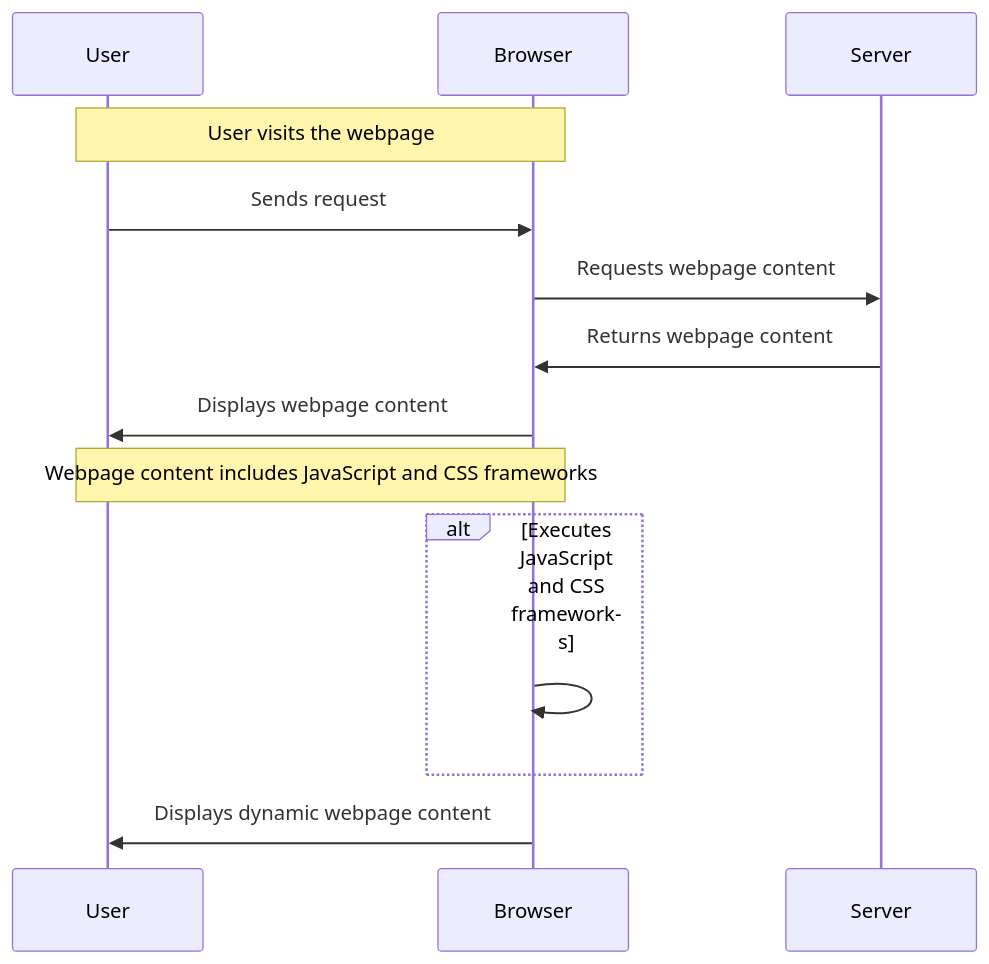
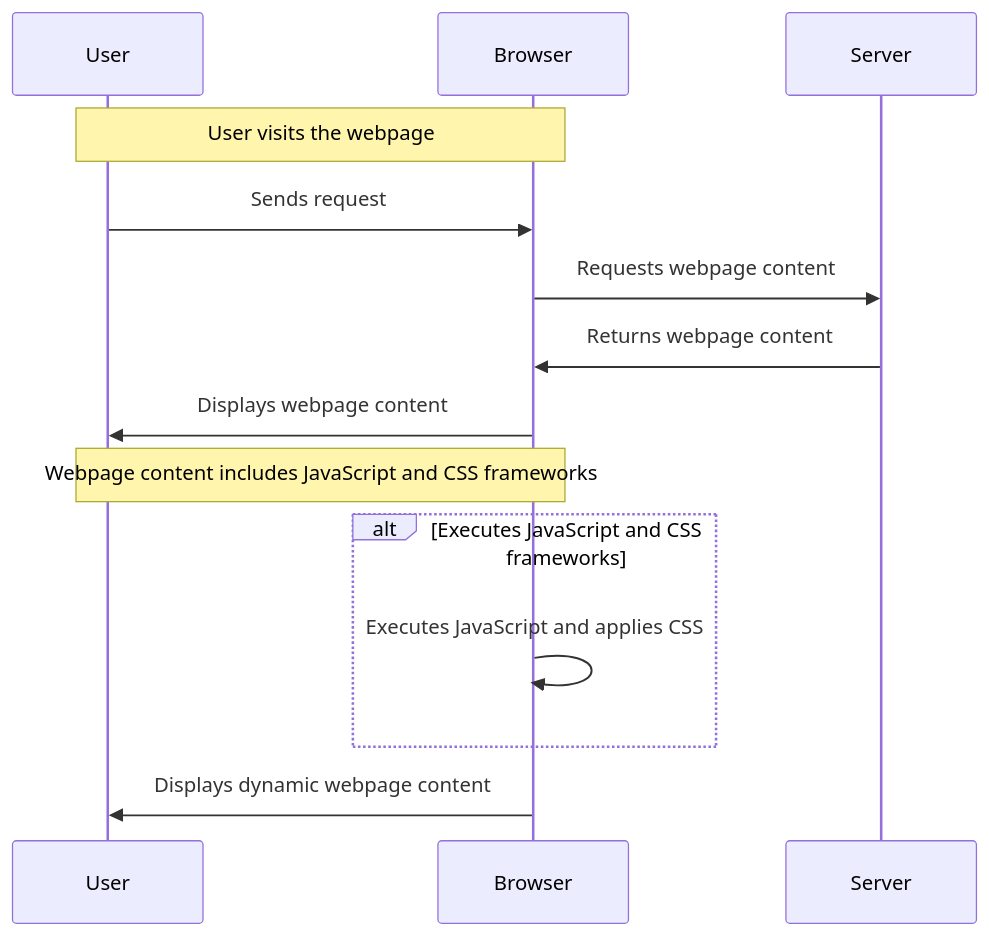
Before and after one commit to a920604a/engineernews: the diagram in src/content/posts/product/_2026-05-23-may-the-4th-be-with-you.en.md, drawn with Mermaid. The commit also changed 5 other files, not shown here.

Commit message:
fix: auto-fix mermaid syntax errors in posts

````diff
--- a/src/content/posts/product/_2026-05-23-may-the-4th-be-with-you.en.md
+++ b/src/content/posts/product/_2026-05-23-may-the-4th-be-with-you.en.md
@@ -29,17 +29,17 @@
 ```mermaid
 sequenceDiagram
     participant User as User
     participant Browser as Browser
     participant Server as Server
 
     Note over User,Browser: User visits the webpage
     User->>Browser: Sends request
     Browser->>Server: Requests webpage content
     Server->>Browser: Returns webpage content
     Browser->>User: Displays webpage content
     Note over User,Browser: Webpage content includes JavaScript and CSS frameworks
     alt Executes JavaScript and CSS frameworks
-        Browser->>Browser: 
+        Browser->>Browser: Executes JavaScript and applies CSS
     end
     Browser->>User: Displays dynamic webpage content
 ```
````
